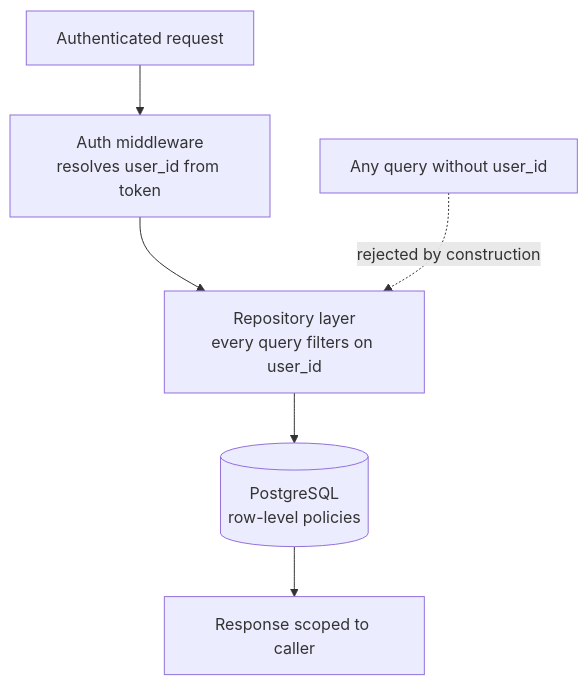
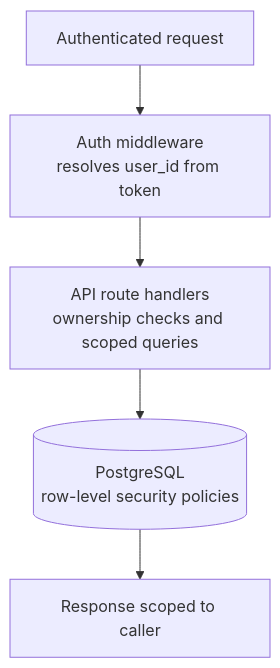
Before and after one commit to Abhishekpan731/Jarvis: the fifth of 5 diagrams in docs/architecture/ARCHITECTURE.md, drawn with Mermaid. The commit also changed other lines of this file and 13 other files, not shown here.

````diff
--- a/docs/architecture/ARCHITECTURE.md
+++ b/docs/architecture/ARCHITECTURE.md
@@ -437,9 +457,7 @@
 ```mermaid
 flowchart TB
     req["Authenticated request"] --> mw["Auth middleware<br/>resolves user_id from token"]
-    mw --> repo["Repository layer<br/>every query filters on user_id"]
-    repo --> db[("PostgreSQL<br/>row-level policies")]
+    mw --> routes["API route handlers<br/>ownership checks and scoped queries"]
+    routes --> db[("PostgreSQL<br/>row-level security policies")]
     db --> resp["Response scoped to caller"]
-
-    other["Any query without user_id"] -.->|rejected by construction| repo
 ```
````
